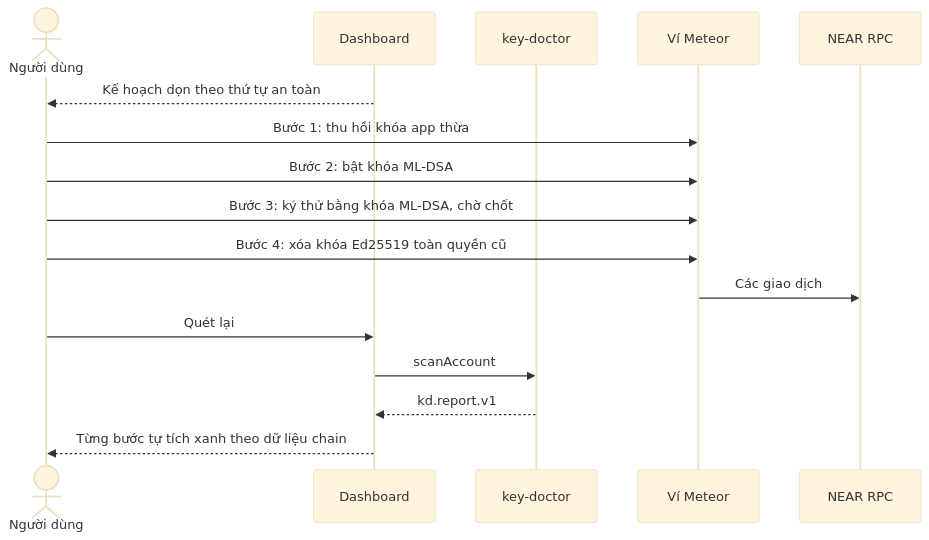
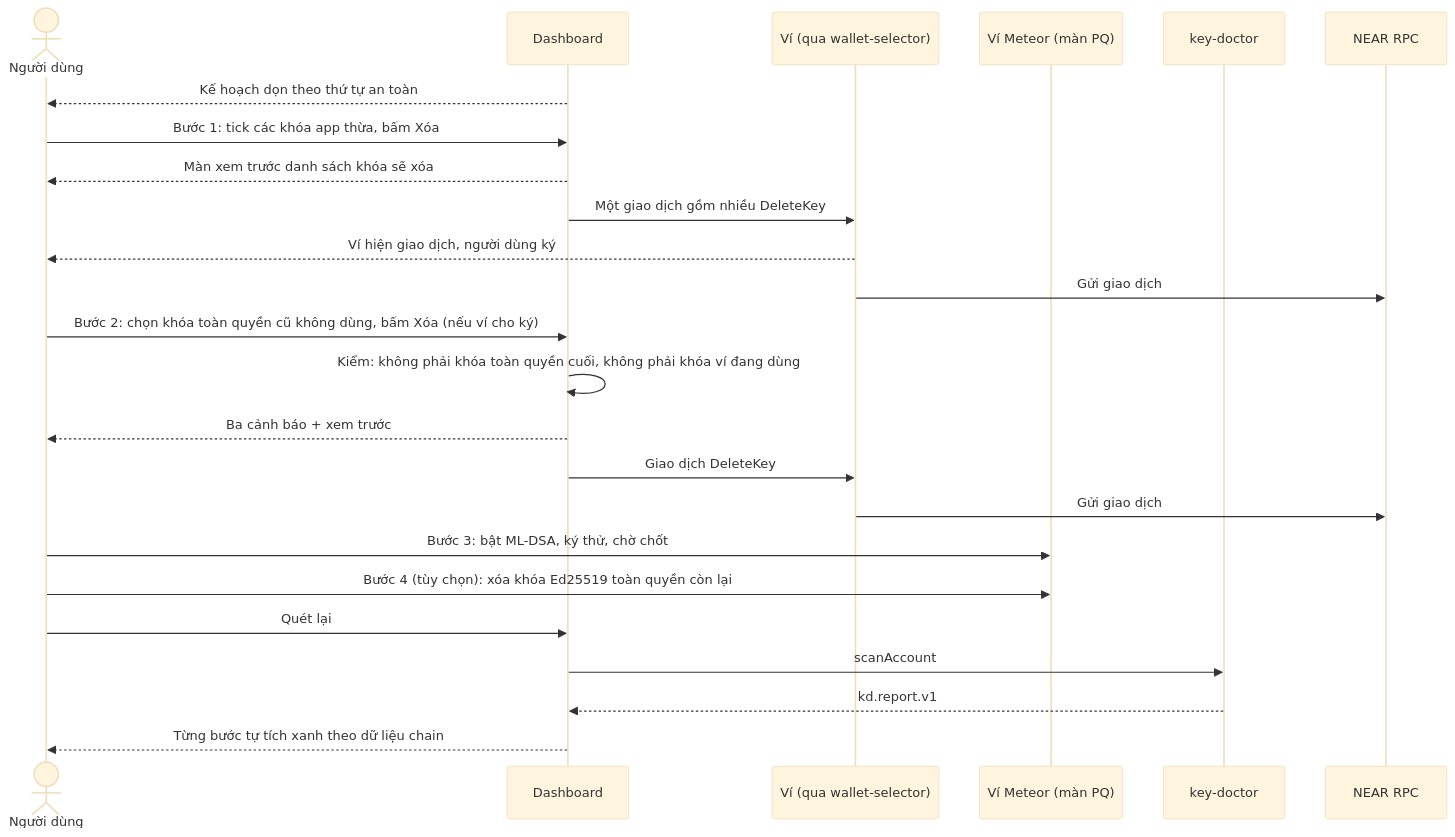
Before and after one commit to BLV-Labs/keydoctor: the tenth of 10 diagrams in docs/usecase.md, drawn with Mermaid (base theme). The commit also changed other lines of this file and 1 other file, not shown here.

Commit message:
Update SPECs:  to the key cleanup feature in the Dashboard: Clean up keys associated with function calls Guidance on migrating to a Meteor wallet for keys with full permissions and ML-DSA keys

````diff
--- a/docs/usecase.md
+++ b/docs/usecase.md
@@ -514,19 +514,27 @@
 ```mermaid
 sequenceDiagram
   actor U as Người dùng
   participant D as Dashboard
+  participant W as Ví (qua wallet-selector)
+  participant M as Ví Meteor (màn PQ)
   participant K as key-doctor
-  participant M as Ví Meteor
   participant R as NEAR RPC
 
   D-->>U: Kế hoạch dọn theo thứ tự an toàn
-  U->>M: Bước 1: thu hồi khóa app thừa
-  U->>M: Bước 2: bật khóa ML-DSA
-  U->>M: Bước 3: ký thử bằng khóa ML-DSA, chờ chốt
-  U->>M: Bước 4: xóa khóa Ed25519 toàn quyền cũ
-  M->>R: Các giao dịch
+  U->>D: Bước 1: tick các khóa app thừa, bấm Xóa
+  D-->>U: Màn xem trước danh sách khóa sẽ xóa
+  D->>W: Một giao dịch gồm nhiều DeleteKey
+  W-->>U: Ví hiện giao dịch, người dùng ký
+  W->>R: Gửi giao dịch
+  U->>D: Bước 2: chọn khóa toàn quyền cũ không dùng, bấm Xóa (nếu ví cho ký)
+  D->>D: Kiểm: không phải khóa toàn quyền cuối, không phải khóa ví đang dùng
+  D-->>U: Ba cảnh báo + xem trước
+  D->>W: Giao dịch DeleteKey
+  W->>R: Gửi giao dịch
+  U->>M: Bước 3: bật ML-DSA, ký thử, chờ chốt
+  U->>M: Bước 4 (tùy chọn): xóa khóa Ed25519 toàn quyền còn lại
   U->>D: Quét lại
   D->>K: scanAccount
   K-->>D: kd.report.v1
   D-->>U: Từng bước tự tích xanh theo dữ liệu chain
 ```
````
